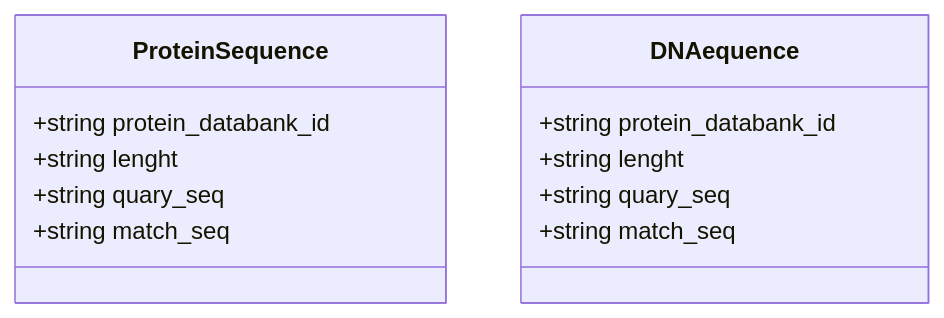
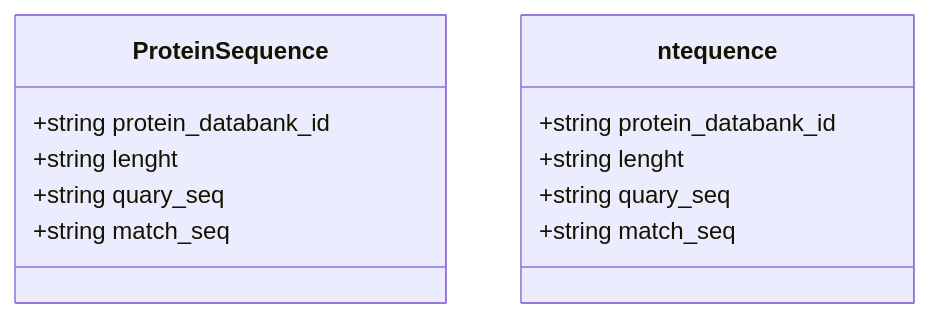
The diagram in PyEEDpresentation/schemes/PyEED Data Model.md (maxim945/Database-present), drawn with Mermaid before and after one commit. The commit also changed 3 other files, not shown here.

````diff
--- a/PyEEDpresentation/schemes/PyEED Data Model.md
+++ b/PyEEDpresentation/schemes/PyEED Data Model.md
@@ -1,18 +1,18 @@
 ```mermaid
 classDiagram
     
     class ProteinSequence {
         +string protein_databank_id
         +string lenght
         +string quary_seq
         +string match_seq
     }
     
-    class DNAequence {
+    class ntequence {
         +string protein_databank_id
         +string lenght
         +string quary_seq
         +string match_seq
     }
     
 ```
````
